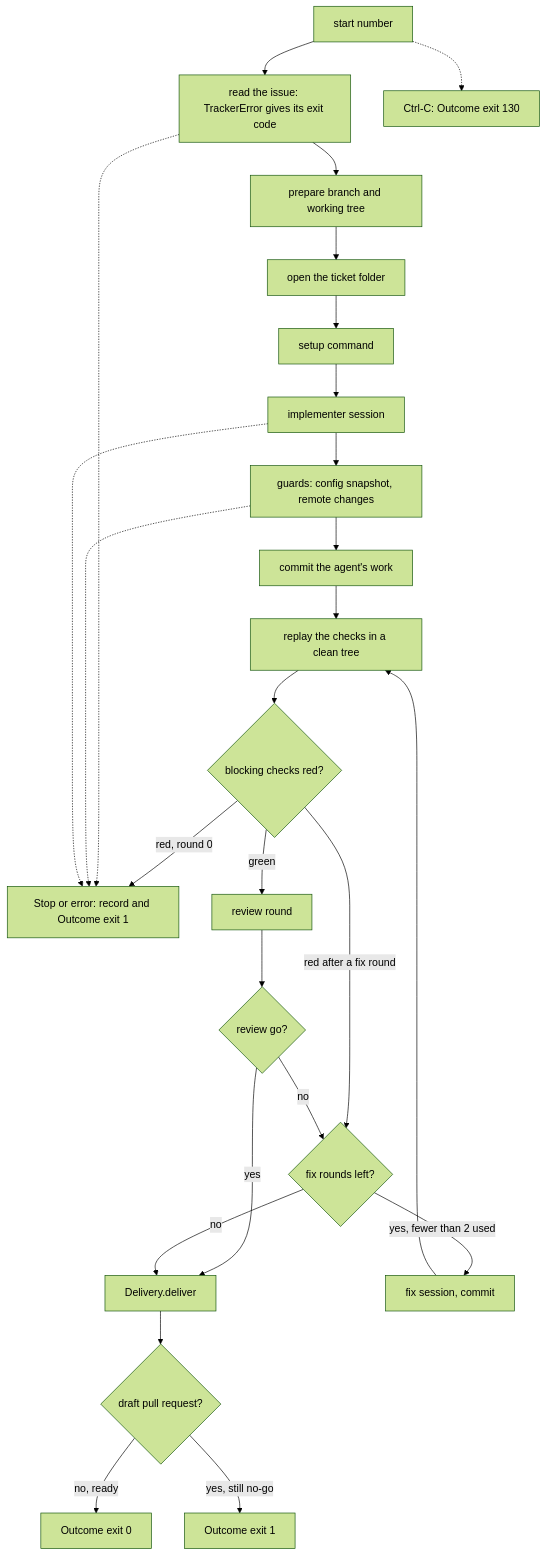
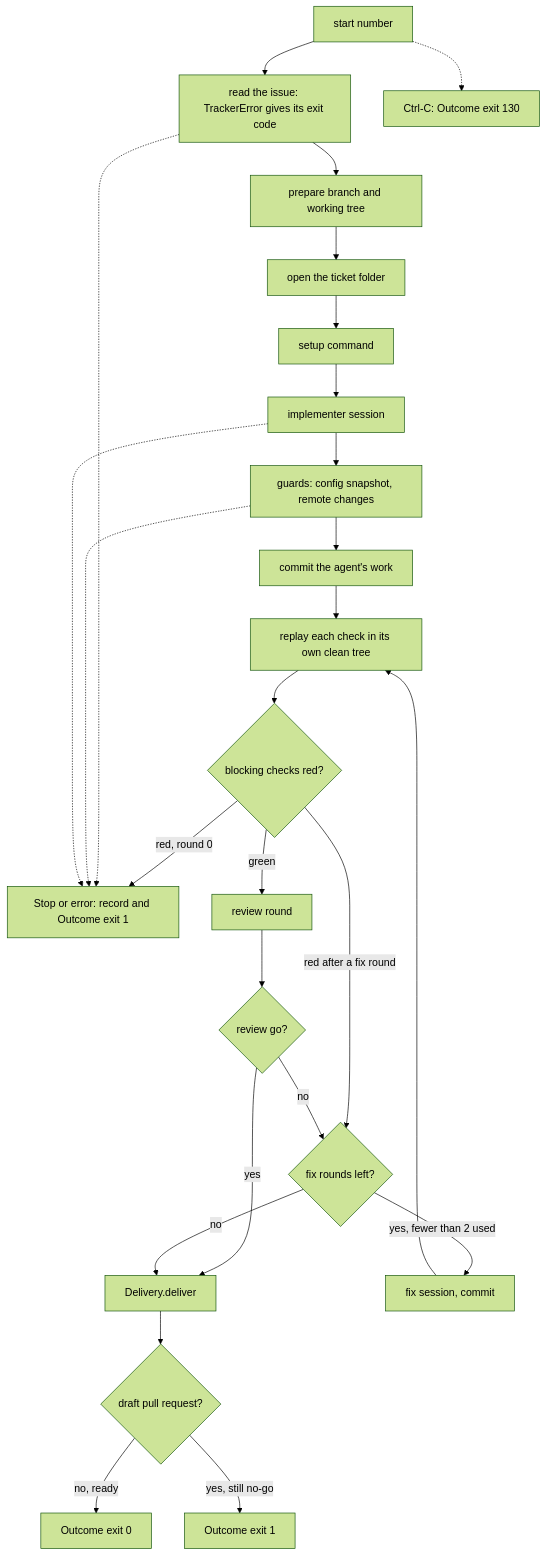
Before and after one commit to plaplanche/ariane: the first of 3 diagrams in docs/architecture/modules/flow.md, drawn with Mermaid (forest theme). The commit also changed other lines of this file and 21 other files, not shown here.

Commit message:
#133: Replay each check in its own clean working tree, as an isolated CI job runs it (C9)

````diff
--- a/docs/architecture/modules/flow.md
+++ b/docs/architecture/modules/flow.md
@@ -42,27 +42,27 @@
 ```mermaid
 flowchart TD
   A[start number] --> B[read the issue: TrackerError gives its exit code]
   B --> C[prepare branch and working tree]
   C --> D[open the ticket folder]
   D --> E[setup command]
   E --> F[implementer session]
   F --> G[guards: config snapshot, remote changes]
   G --> H[commit the agent's work]
-  H --> I[replay the checks in a clean tree]
+  H --> I[replay each check in its own clean tree]
   I --> K{blocking checks red?}
   K -- "red, round 0" --> S
   K -- green --> J[review round]
   K -- "red after a fix round" --> R{fix rounds left?}
   J --> G2{review go?}
   G2 -- no --> R
   G2 -- yes --> M[Delivery.deliver]
   R -- "yes, fewer than 2 used" --> L[fix session, commit] --> I
   R -- no --> M
   M --> N{draft pull request?}
   N -- no, ready --> O[Outcome exit 0]
   N -- yes, still no-go --> P[Outcome exit 1]
   B -.-> S[Stop or error: record and Outcome exit 1]
   G -.-> S
   F -.-> S
   A -.-> T[Ctrl-C: Outcome exit 130]
 ```
````
